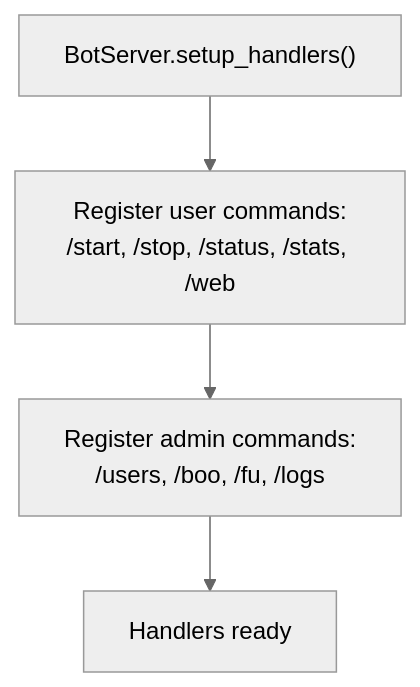
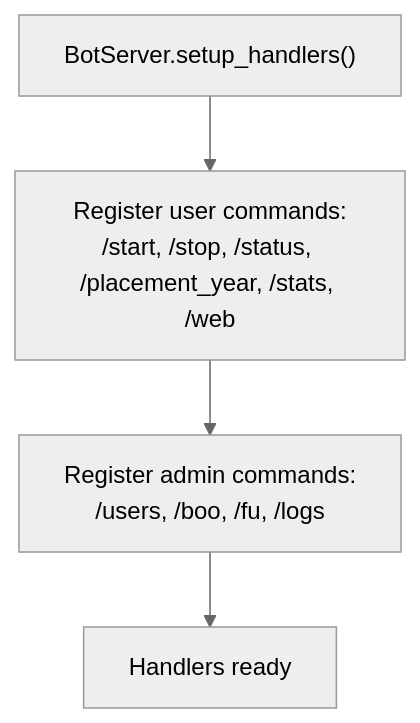
One commit to tashifkhan/tashif.codes changed diagram 14 of 18 in src/data/docs/jiit-placement-alerts/Architecture & Design/API Architecture & Endpoints/Telegram Bot API.md. Above: the diagram before and after it, drawn with Mermaid (neutral theme). The commit also changed other lines of this file and 2128 other files, not shown here.

First line of the commit message:
docs: replace raster diagram images with native Mermaid across project guides

````diff
--- a/src/data/docs/jiit-placement-alerts/Architecture & Design/API Architecture & Endpoints/Telegram Bot API.md
+++ b/src/data/docs/jiit-placement-alerts/Architecture & Design/API Architecture & Endpoints/Telegram Bot API.md
@@ -293,6 +300,6 @@
 ```mermaid
 flowchart TD
-Init["BotServer.setup_handlers()"] --> RegUser["Register user commands:<br/>/start, /stop, /status, /stats, /web"]
+Init["BotServer.setup_handlers()"] --> RegUser["Register user commands:<br/>/start, /stop, /status, /placement_year, /stats, /web"]
 RegUser --> RegAdmin["Register admin commands:<br/>/users, /boo, /fu, /logs"]
 RegAdmin --> Ready["Handlers ready"]
 ```
````
